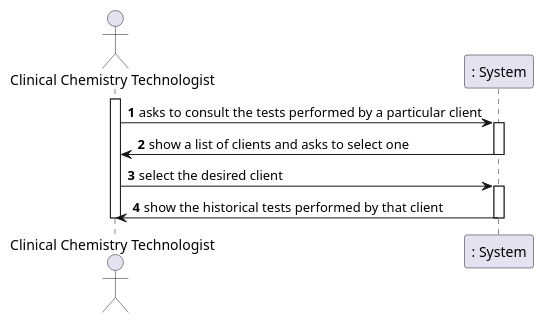
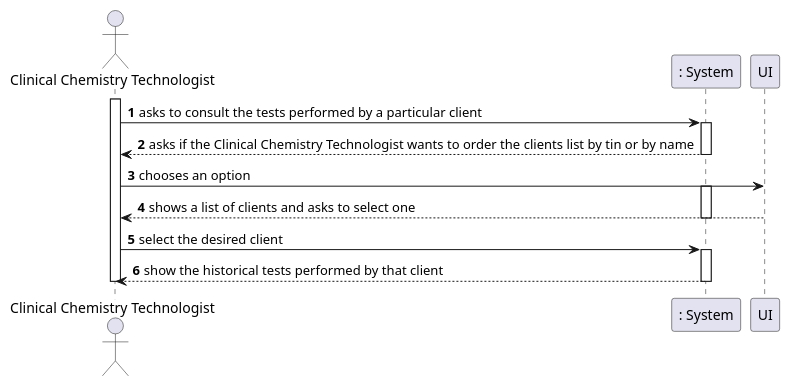
The diagram in docs/SprintD/US13/US13_SSD.puml (manu-07-ela/LAPR2_ISEP), drawn with PlantUML before and after one commit. The commit also changed 1 other file, not shown here.

```diff
--- a/docs/SprintD/US13/US13_SSD.puml
+++ b/docs/SprintD/US13/US13_SSD.puml
@@ -1,21 +1,25 @@
 @startuml
 'https://plantuml.com/sequence-diagram
 
 autonumber
 actor "Clinical Chemistry Technologist" as CCT
 participant ": System" as SYSTEM
 
 activate CCT
 CCT -> SYSTEM : asks to consult the tests performed by a particular client
 activate SYSTEM
-SYSTEM -> CCT : show a list of clients and asks to select one
+SYSTEM --> CCT : asks if the Clinical Chemistry Technologist wants to order the clients list by tin or by name
+deactivate SYSTEM
+CCT -> UI : chooses an option
+activate SYSTEM
+UI --> CCT : shows a list of clients and asks to select one
 deactivate SYSTEM
 CCT -> SYSTEM : select the desired client
 activate SYSTEM
-SYSTEM -> CCT : show the historical tests performed by that client
+SYSTEM --> CCT : show the historical tests performed by that client
 deactivate SYSTEM
 
 
 
 deactivate CCT
 @enduml
```
